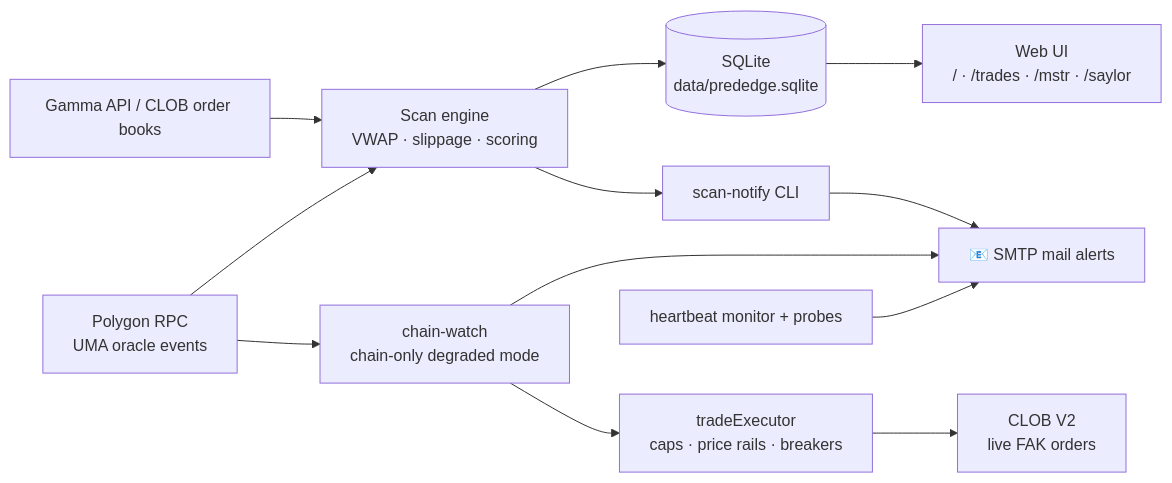
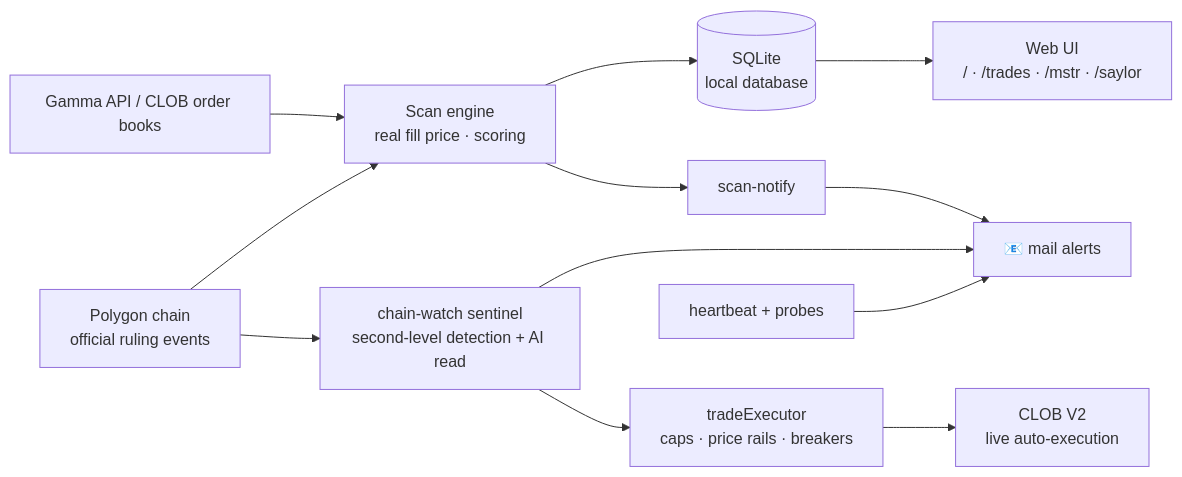
One commit to yiyangshen04/prededge changed the second of 2 diagrams in README.md. Above: the diagram before and after it, drawn with Mermaid. The commit also changed other lines of this file, not shown here.

````diff
--- a/README.md
+++ b/README.md
@@ -178,14 +235,14 @@
 ```mermaid
 flowchart LR
-    G[Gamma API / CLOB order books] --> S[Scan engine<br/>VWAP · slippage · scoring]
-    P[Polygon RPC<br/>UMA oracle events] --> S
-    P --> C[chain-watch<br/>chain-only degraded mode]
-    S --> DB[(SQLite<br/>data/prededge.sqlite)]
+    G[Gamma API / CLOB order books] --> S[Scan engine<br/>real fill price · scoring]
+    P[Polygon chain<br/>official ruling events] --> S
+    P --> C[chain-watch sentinel<br/>second-level detection + AI read]
+    S --> DB[(SQLite<br/>local database)]
     DB --> UI[Web UI<br/>/ · /trades · /mstr · /saylor]
-    S --> N[scan-notify CLI]
-    N --> M[📧 SMTP mail alerts]
+    S --> N[scan-notify]
+    N --> M[📧 mail alerts]
     C --> M
     C --> T[tradeExecutor<br/>caps · price rails · breakers]
-    T --> O[CLOB V2<br/>live FAK orders]
-    H[heartbeat monitor + probes] --> M
+    T --> O[CLOB V2<br/>live auto-execution]
+    H[heartbeat + probes] --> M
 ```
````
